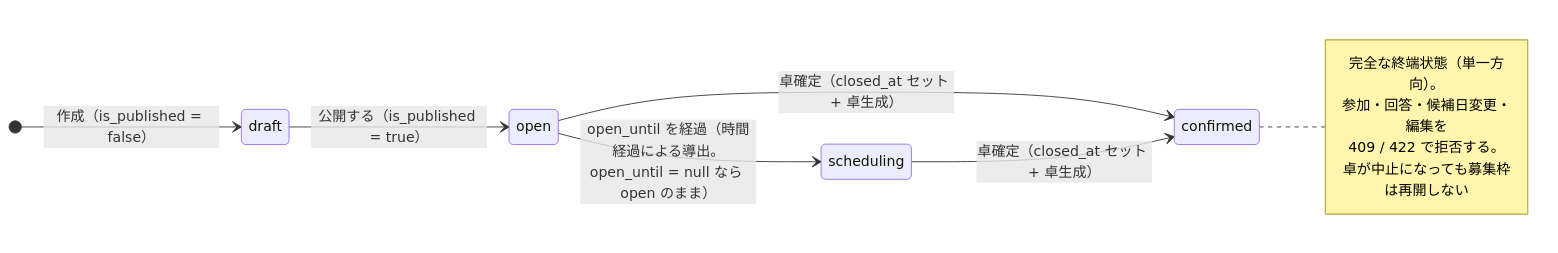
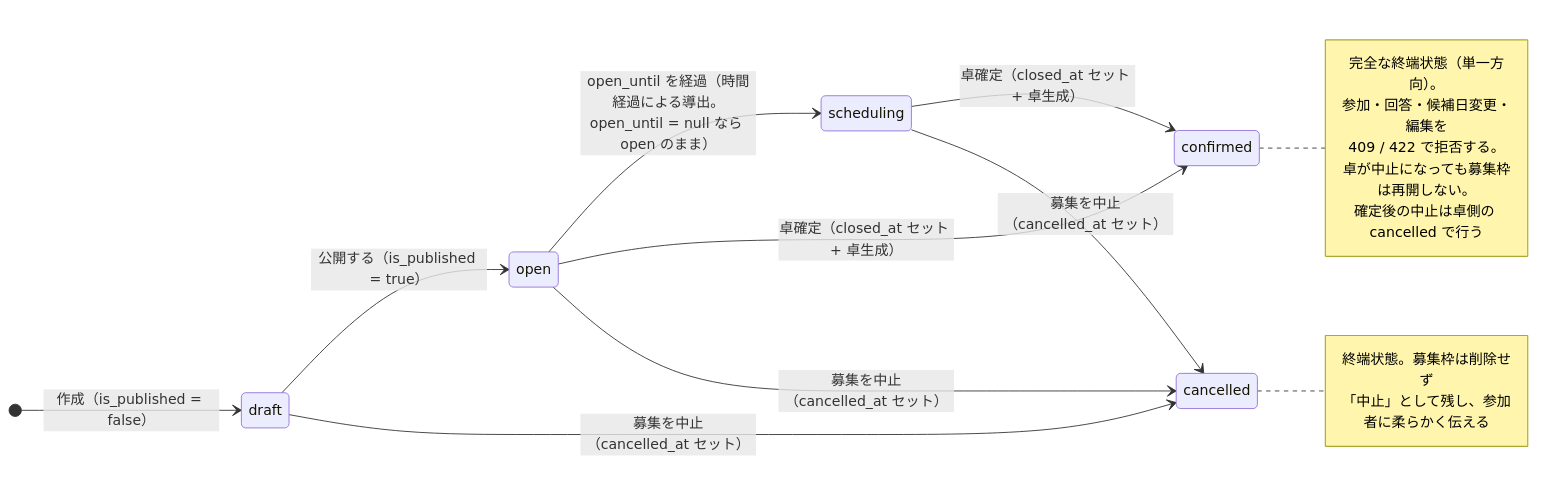
Before and after one commit to dot-ma801/taku-biyori: the third of 4 diagrams in docs/design-v1.1.md, drawn with Mermaid. The commit also changed other lines of this file and 1 other file, not shown here.

First line of the commit message:
[update] PR 追加レビューを反映: 募集枠の中止ステータス・本人退出・Mermaid 図化

````diff
--- a/docs/design-v1.1.md
+++ b/docs/design-v1.1.md
@@ -224,15 +241,23 @@
 ```mermaid
 stateDiagram-v2
     direction LR
     [*] --> draft : 作成（is_published = false）
     draft --> open : 公開する（is_published = true）
     open --> scheduling : open_until を経過（時間経過による導出。open_until = null なら open のまま）
     open --> confirmed : 卓確定（closed_at セット + 卓生成）
     scheduling --> confirmed : 卓確定（closed_at セット + 卓生成）
+    draft --> cancelled : 募集を中止（cancelled_at セット）
+    open --> cancelled : 募集を中止（cancelled_at セット）
+    scheduling --> cancelled : 募集を中止（cancelled_at セット）
     note right of confirmed
         完全な終端状態（単一方向）。
         参加・回答・候補日変更・編集を
         409 / 422 で拒否する。
-        卓が中止になっても募集枠は再開しない
+        卓が中止になっても募集枠は再開しない。
+        確定後の中止は卓側の cancelled で行う
+    end note
+    note right of cancelled
+        終端状態。募集枠は削除せず
+        「中止」として残し、参加者に柔らかく伝える
     end note
 ```
````
